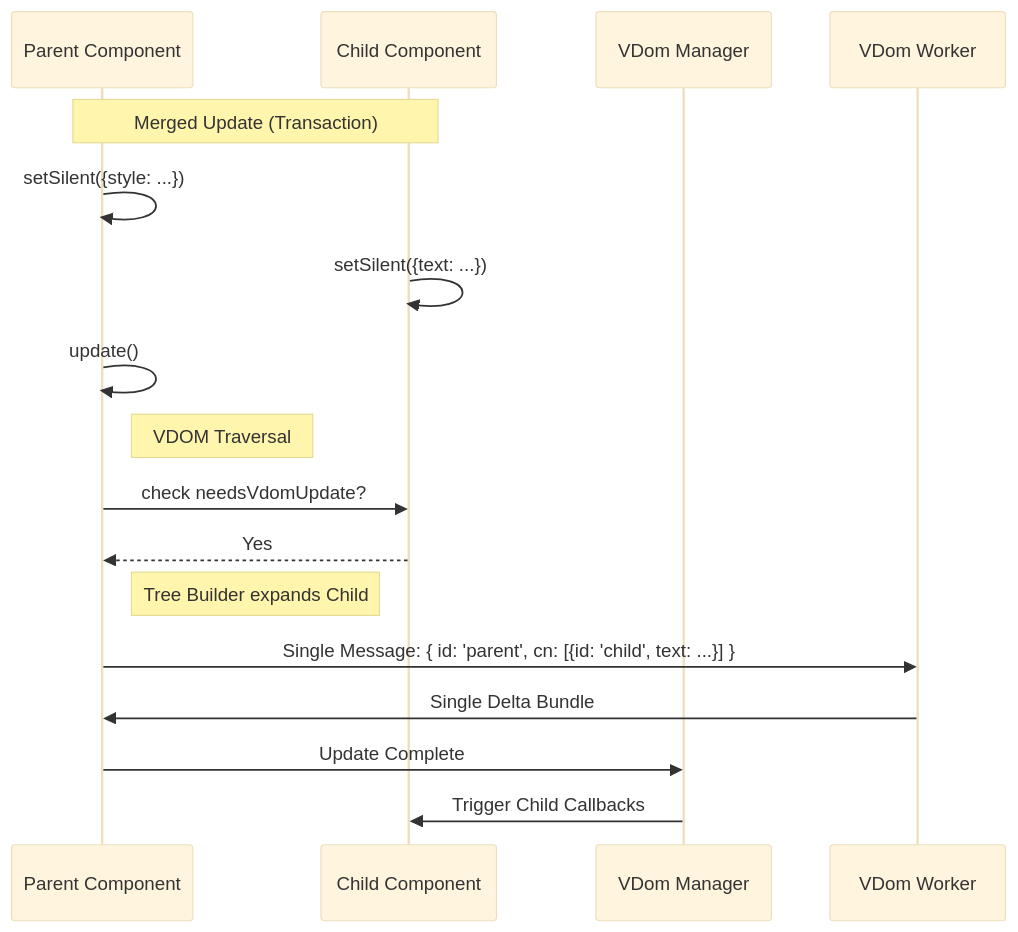
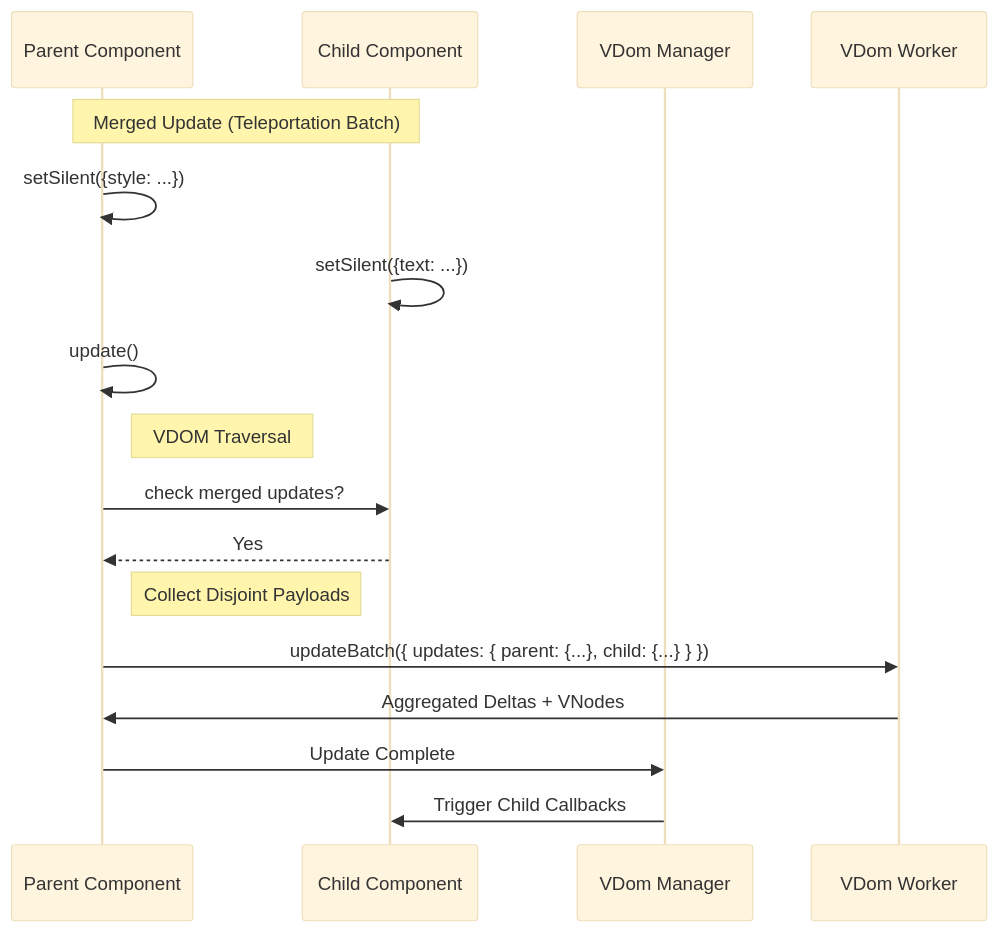
Before and after one commit to neomjs/neo: the second of 3 diagrams in learn/guides/fundamentals/AsymmetricUpdates.md, drawn with Mermaid (base theme). The commit also changed other lines of this file, not shown here.

Commit message:
docs: Update AsymmetricUpdates guide for Teleportation (#8842)

````diff
--- a/learn/guides/fundamentals/AsymmetricUpdates.md
+++ b/learn/guides/fundamentals/AsymmetricUpdates.md
@@ -80,26 +79,26 @@
 ```mermaid
 sequenceDiagram
     participant P as Parent Component
     participant C as Child Component
     participant M as VDom Manager
     participant VW as VDom Worker
     
-    Note over P, C: Merged Update (Transaction)
+    Note over P, C: Merged Update (Teleportation Batch)
 
     P->>P: setSilent({style: ...})
     C->>C: setSilent({text: ...})
     
     P->>P: update()
     
     Note right of P: VDOM Traversal
-    P->>C: check needsVdomUpdate?
+    P->>C: check merged updates?
     C-->>P: Yes
     
-    Note right of P: Tree Builder expands Child
+    Note right of P: Collect Disjoint Payloads
     
-    P->>VW: Single Message: { id: 'parent', cn: [{id: 'child', text: ...}] }
+    P->>VW: updateBatch({ updates: { parent: {...}, child: {...} } })
     
-    VW->>P: Single Delta Bundle
+    VW->>P: Aggregated Deltas + VNodes
     P->>M: Update Complete
     M->>C: Trigger Child Callbacks
 ```
````
